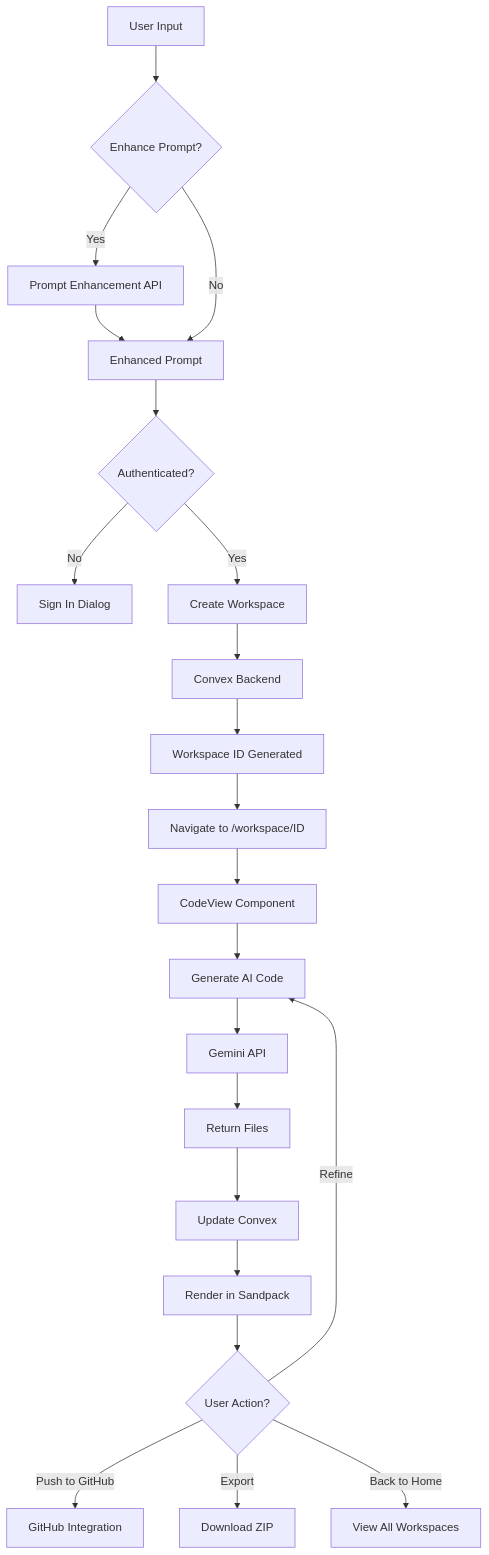
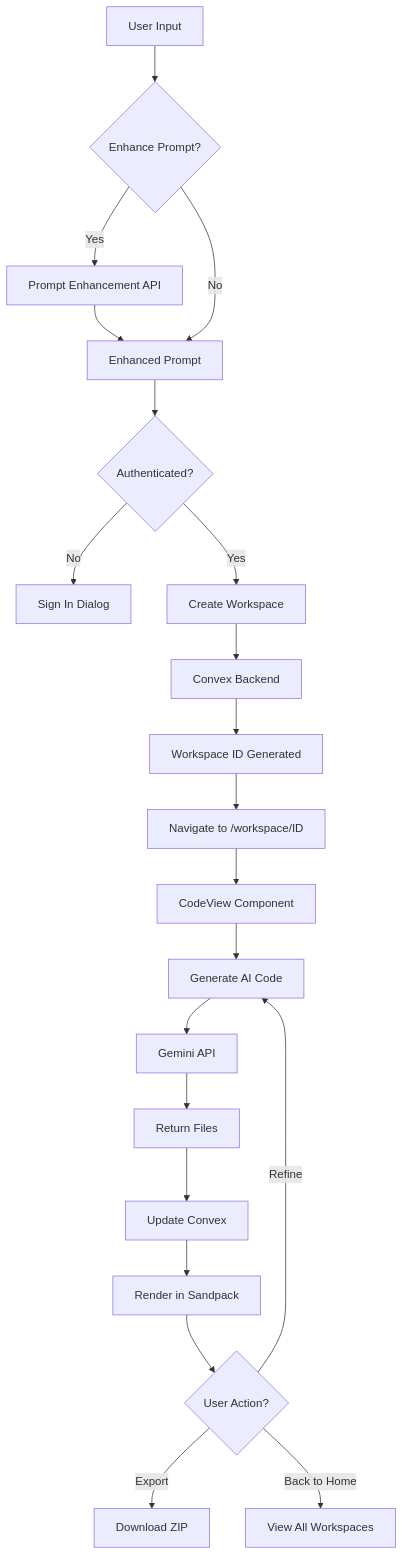
Before and after one commit to Abrahamn-tech/astra-ai-express: the diagram in README.md, drawn with Mermaid. The commit also changed other lines of this file and 4 other files, not shown here.

First line of the commit message:
Remove GitHub auth flow

````diff
--- a/README.md
+++ b/README.md
@@ -364,24 +327,23 @@
 ```mermaid
 graph TB
     A[User Input] --> B{Enhance Prompt?}
     B -->|Yes| C[Prompt Enhancement API]
     C --> D[Enhanced Prompt]
     B -->|No| D
     D --> E{Authenticated?}
     E -->|No| F[Sign In Dialog]
     E -->|Yes| G[Create Workspace]
     G --> H[Convex Backend]
     H --> I[Workspace ID Generated]
     I --> J[Navigate to /workspace/ID]
     J --> K[CodeView Component]
     K --> L[Generate AI Code]
     L --> M[Gemini API]
     M --> N[Return Files]
     N --> O[Update Convex]
     O --> P[Render in Sandpack]
     P --> Q{User Action?}
     Q -->|Refine| L
-    Q -->|Push to GitHub| R[GitHub Integration]
     Q -->|Export| S[Download ZIP]
     Q -->|Back to Home| T[View All Workspaces]
 ```
````
